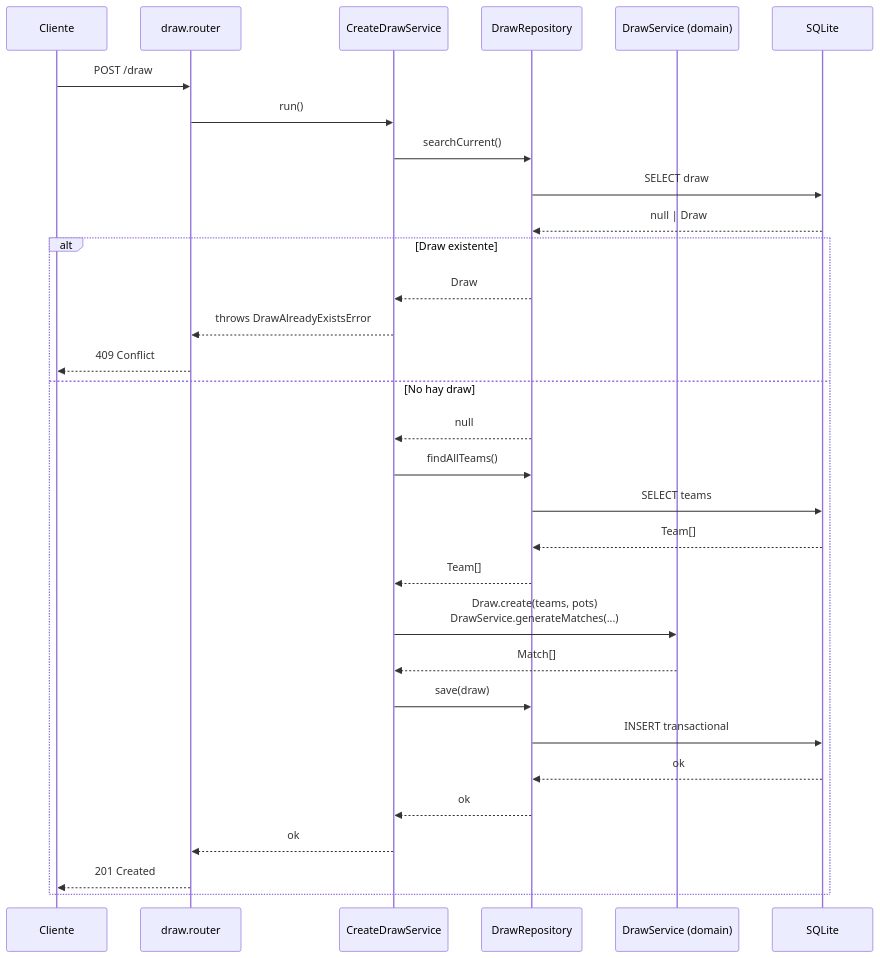
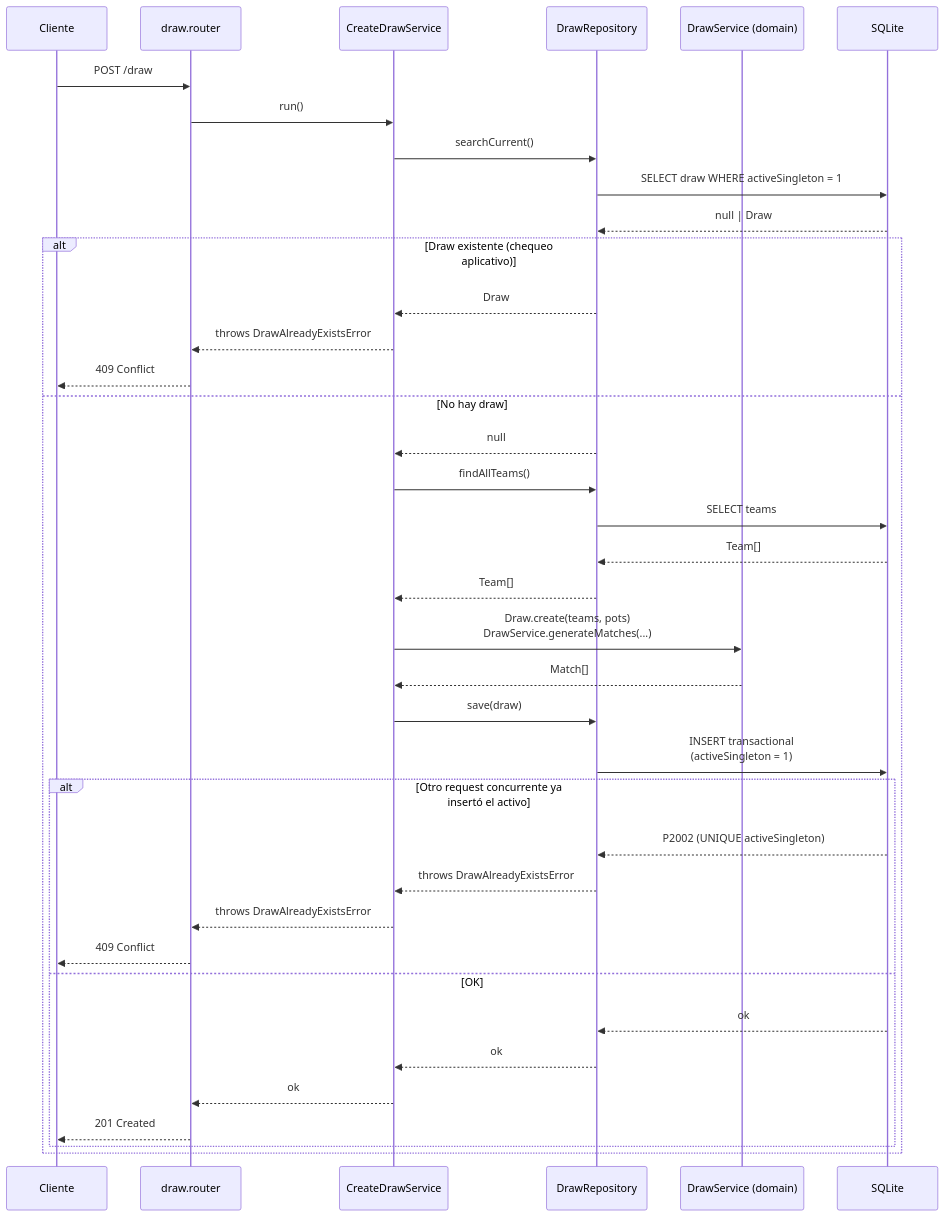
One commit to francomosler/takenos-challenge changed the third of 5 diagrams in docs/architecture.md. Above: the diagram before and after it, drawn with Mermaid. The commit also changed other lines of this file and 8 other files, not shown here.

````diff
--- a/docs/architecture.md
+++ b/docs/architecture.md
@@ -115,34 +115,41 @@
 ```mermaid
 sequenceDiagram
     participant C as Cliente
     participant R as draw.router
     participant S as CreateDrawService
     participant DR as DrawRepository
     participant DA as DrawService (domain)
     participant DB as SQLite
 
     C->>R: POST /draw
     R->>S: run()
     S->>DR: searchCurrent()
-    DR->>DB: SELECT draw
+    DR->>DB: SELECT draw WHERE activeSingleton = 1
     DB-->>DR: null | Draw
-    alt Draw existente
+    alt Draw existente (chequeo aplicativo)
         DR-->>S: Draw
         S-->>R: throws DrawAlreadyExistsError
         R-->>C: 409 Conflict
     else No hay draw
         DR-->>S: null
         S->>DR: findAllTeams()
         DR->>DB: SELECT teams
         DB-->>DR: Team[]
         DR-->>S: Team[]
         S->>DA: Draw.create(teams, pots)<br/>DrawService.generateMatches(...)
         DA-->>S: Match[]
         S->>DR: save(draw)
-        DR->>DB: INSERT transactional
-        DB-->>DR: ok
-        DR-->>S: ok
-        S-->>R: ok
-        R-->>C: 201 Created
+        DR->>DB: INSERT transactional<br/>(activeSingleton = 1)
+        alt Otro request concurrente ya insertó el activo
+            DB-->>DR: P2002 (UNIQUE activeSingleton)
+            DR-->>S: throws DrawAlreadyExistsError
+            S-->>R: throws DrawAlreadyExistsError
+            R-->>C: 409 Conflict
+        else OK
+            DB-->>DR: ok
+            DR-->>S: ok
+            S-->>R: ok
+            R-->>C: 201 Created
+        end
     end
 ```
````
